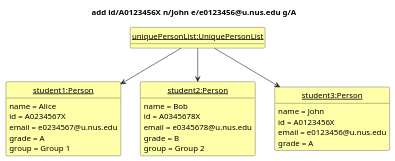
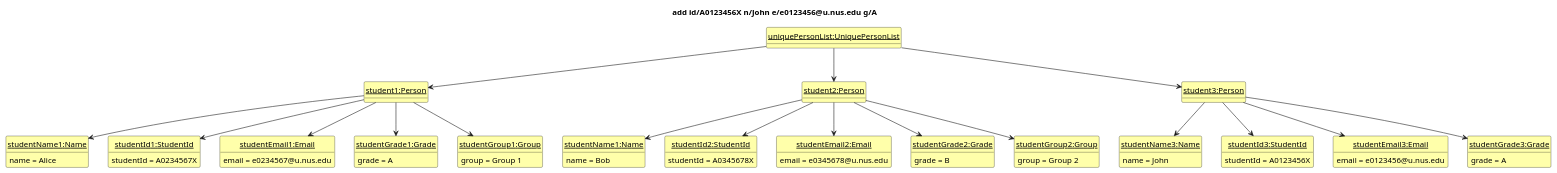
One commit to willowisp01/tp changed the diagram in docs/diagrams/AddState2.puml. Above: the diagram before and after it, drawn with PlantUML. The commit also changed 3 other files, not shown here.

Commit message:
Update the AddState diagrams

```diff
--- a/docs/diagrams/AddState2.puml
+++ b/docs/diagrams/AddState2.puml
@@ -1,38 +1,78 @@
 @startuml
 'https://plantuml.com/class-diagram
 
 hide circle
 hide methods
 skinparam ClassFontColor #000000
 skinparam ClassBorderColor #000000
 skinparam ClassBackgroundColor #FFFFAA
 
 title add id/A0123456X n/John e/e0123456@u.nus.edu g/A
 
 class uniquePersonList as "<u>uniquePersonList:UniquePersonList</u>"
-class student1 as "<u>student1:Person</u>" {
+class student1 as "<u>student1:Person</u>" {}
+class student2 as "<u>student2:Person</u>" {}
+class student3 as "<u>student3:Person</u>" {}
+class studentName1 as "<u>studentName1:Name</u>" {
     name = Alice
-    id = A0234567X
+}
+class studentName2 as "<u>studentName1:Name</u>" {
+    name = Bob
+}
+class studentName3 as "<u>studentName3:Name</u>" {
+    name = John
+}
+class studentId1 as "<u>studentId1:StudentId</u>" {
+    studentId = A0234567X
+}
+class studentId2 as "<u>studentId2:StudentId</u>" {
+    studentId = A0345678X
+}
+class studentId3 as "<u>studentId3:StudentId</u>" {
+    studentId = A0123456X
+}
+class studentEmail1 as "<u>studentEmail1:Email</u>" {
     email = e0234567@u.nus.edu
+}
+class studentEmail2 as "<u>studentEmail2:Email</u>" {
+    email = e0345678@u.nus.edu
+}
+class studentEmail3 as "<u>studentEmail3:Email</u>" {
+    email = e0123456@u.nus.edu
+}
+class studentGrade1 as "<u>studentGrade1:Grade</u>" {
     grade = A
+}
+class studentGrade2 as "<u>studentGrade2:Grade</u>" {
+    grade = B
+}
+class studentGrade3 as "<u>studentGrade3:Grade</u>" {
+    grade = A
+}
+class studentGroup1 as "<u>studentGroup1:Group</u>" {
     group = Group 1
 }
-class student2 as "<u>student2:Person</u>" {
-    name = Bob
-    id = A0345678X
-    email = e0345678@u.nus.edu
-    grade = B
+class studentGroup2 as "<u>studentGroup2:Group</u>" {
     group = Group 2
 }
-class student3 as "<u>student3:Person</u>" {
-    name = John
-    id = A0123456X
-    email = e0123456@u.nus.edu
-    grade = A
-}
+student1 -[hidden]right-> student2
+student2 -[hidden]right-> student3
 
 uniquePersonList -down-> student1
 uniquePersonList -down-> student2
 uniquePersonList -down-> student3
-
+student1 -down-> studentName1
+student2 -down-> studentName2
+student3 -down-> studentName3
+student1 -down-> studentId1
+student2 -down-> studentId2
+student3 -down-> studentId3
+student1 -down-> studentEmail1
+student2 -down-> studentEmail2
+student3 -down-> studentEmail3
+student1 -down-> studentGrade1
+student2 -down-> studentGrade2
+student3 -down-> studentGrade3
+student1 -down-> studentGroup1
+student2 -down-> studentGroup2
 @enduml
```
